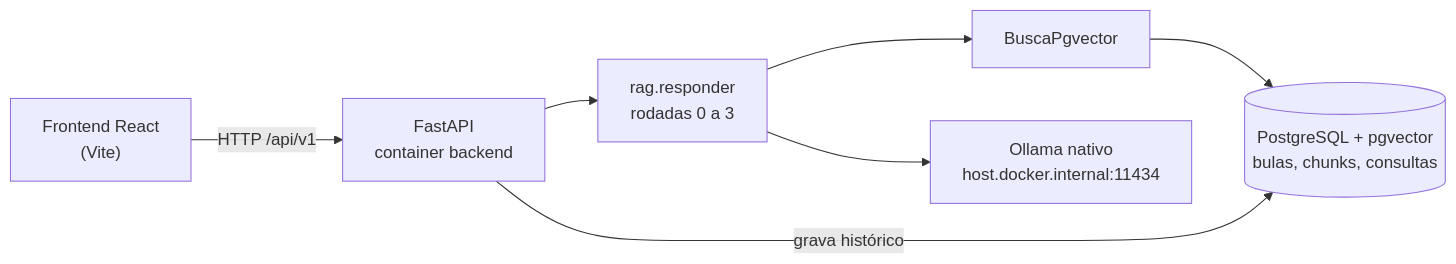
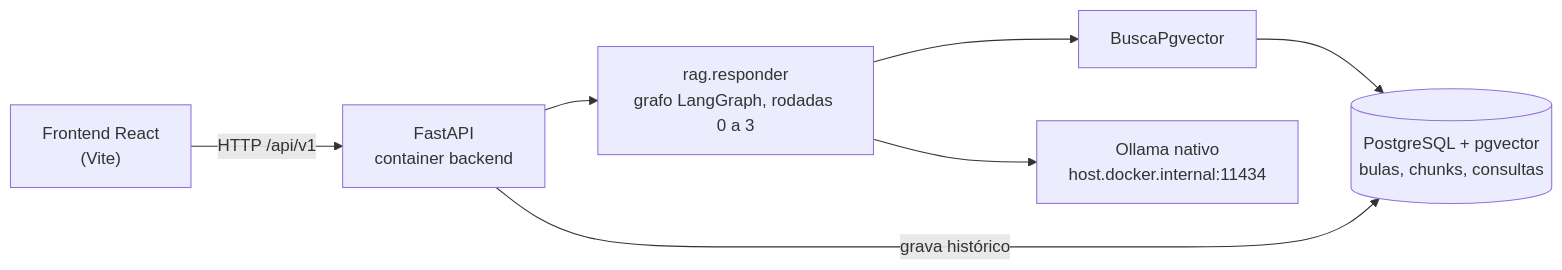
The second of 5 diagrams in README.md (umdevaprendiz/farma-rag), drawn with Mermaid before and after one commit. The commit also changed other lines of this file and 15 other files, not shown here.

````diff
--- a/README.md
+++ b/README.md
@@ -104,9 +105,9 @@
 ```mermaid
 flowchart LR
   UI["Frontend React<br/>(Vite)"] -- "HTTP /api/v1" --> API["FastAPI<br/>container backend"]
-  API --> RAG["rag.responder<br/>rodadas 0 a 3"]
+  API --> RAG["rag.responder<br/>grafo LangGraph, rodadas 0 a 3"]
   RAG --> BV["BuscaPgvector"]
   BV --> PG[("PostgreSQL + pgvector<br/>bulas, chunks, consultas")]
   RAG --> OLL["Ollama nativo<br/>host.docker.internal:11434"]
   API -- "grava histórico" --> PG
 ```
````
